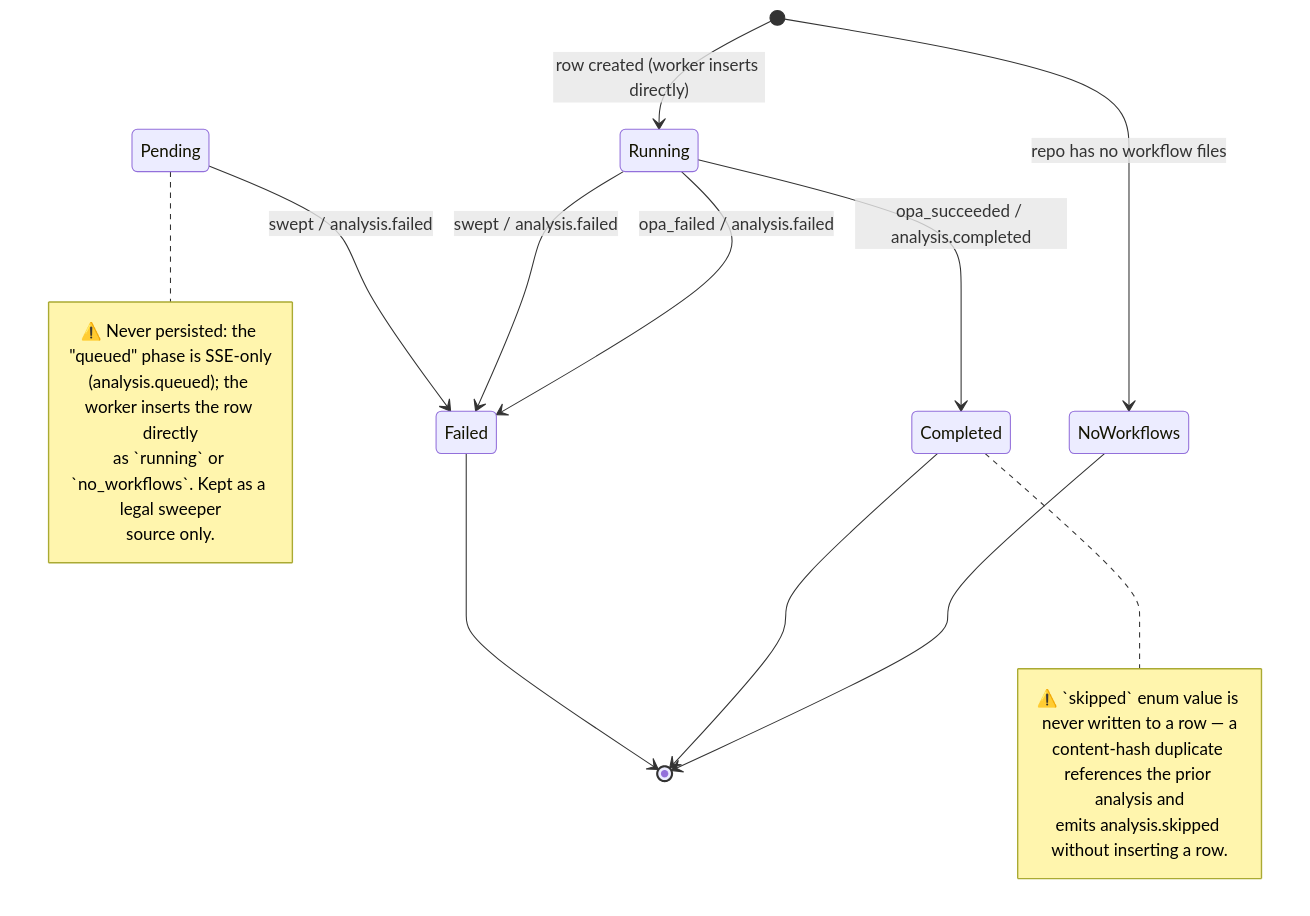
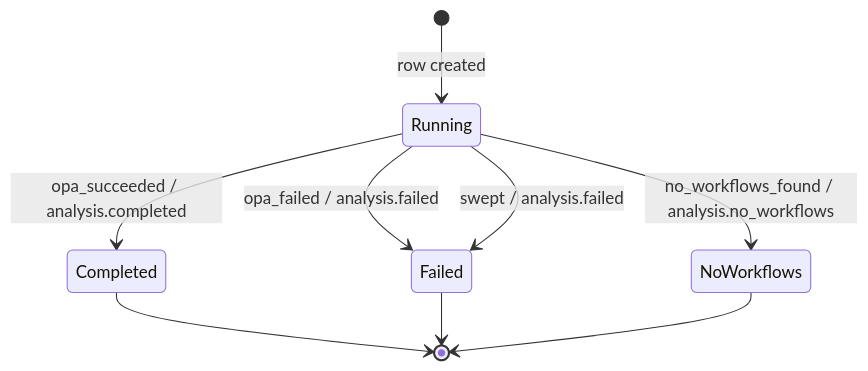
One commit to TheoGoudout/greensecops changed the second of 5 diagrams in docs/state-machines.md. Above: the diagram before and after it, drawn with Mermaid. The commit also changed other lines of this file, not shown here.

First line of the commit message:
docs: update state-machine diagrams to the implemented model

````diff
--- a/docs/state-machines.md
+++ b/docs/state-machines.md
@@ -124,26 +124,13 @@
 ```mermaid
 stateDiagram-v2
-    [*] --> Running: row created (worker inserts directly)
-    [*] --> NoWorkflows: repo has no workflow files
+    [*] --> Running: row created
 
     Running --> Completed: opa_succeeded / analysis.completed
     Running --> Failed: opa_failed / analysis.failed
     Running --> Failed: swept / analysis.failed
-    Pending --> Failed: swept / analysis.failed
+    Running --> NoWorkflows: no_workflows_found / analysis.no_workflows
 
-    NoWorkflows --> [*]
     Completed --> [*]
     Failed --> [*]
-
-    note right of Pending
-      ⚠️ Never persisted: the "queued" phase is SSE-only
-      (analysis.queued); the worker inserts the row directly
-      as `running` or `no_workflows`. Kept as a legal sweeper
-      source only.
-    end note
-    note right of Completed
-      ⚠️ `skipped` enum value is never written to a row — a
-      content-hash duplicate references the prior analysis and
-      emits analysis.skipped without inserting a row.
-    end note
+    NoWorkflows --> [*]
 ```
````
